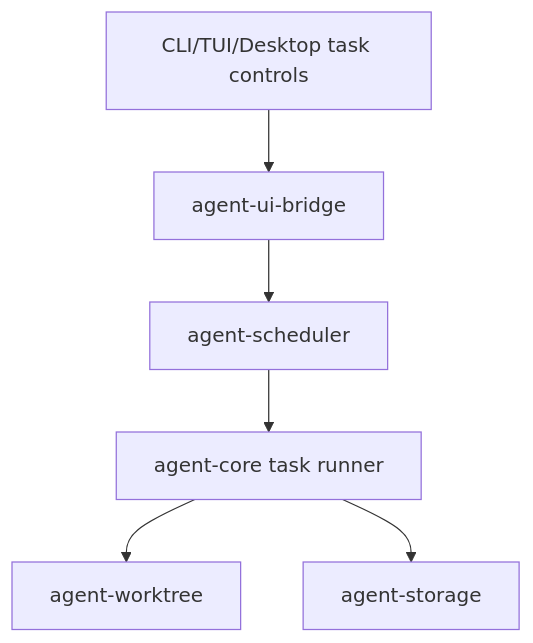
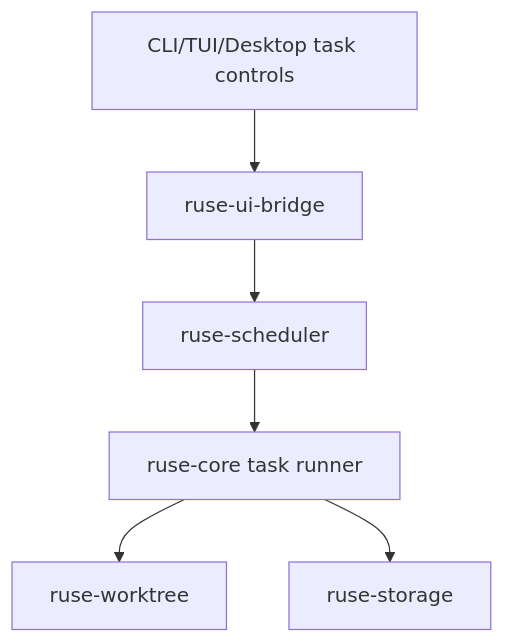
The diagram in docs/specs/M24-background-agents-ux.spec.md (poneding/agent), drawn with Mermaid before and after one commit. The commit also changed other lines of this file and 2091 other files, not shown here.

First line of the commit message:
refactor: rename agent branding to ruse

````diff
--- a/docs/specs/M24-background-agents-ux.spec.md
+++ b/docs/specs/M24-background-agents-ux.spec.md
@@ -32,8 +32,8 @@
 ```mermaid
 flowchart TD
-  UI["CLI/TUI/Desktop task controls"] --> Bridge["agent-ui-bridge"]
-  Bridge --> Scheduler["agent-scheduler"]
-  Scheduler --> Core["agent-core task runner"]
-  Core --> Worktree["agent-worktree"]
-  Core --> Storage["agent-storage"]
+  UI["CLI/TUI/Desktop task controls"] --> Bridge["ruse-ui-bridge"]
+  Bridge --> Scheduler["ruse-scheduler"]
+  Scheduler --> Core["ruse-core task runner"]
+  Core --> Worktree["ruse-worktree"]
+  Core --> Storage["ruse-storage"]
 ```
````
